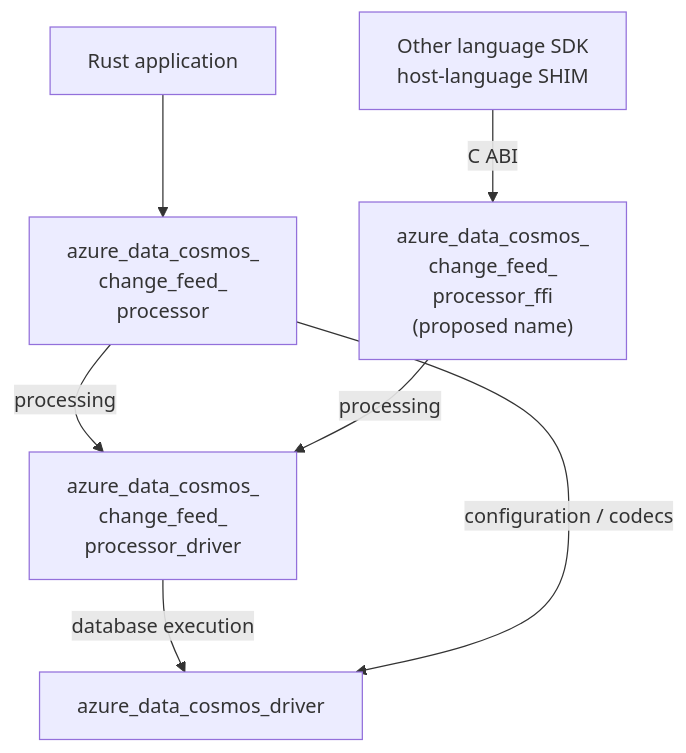
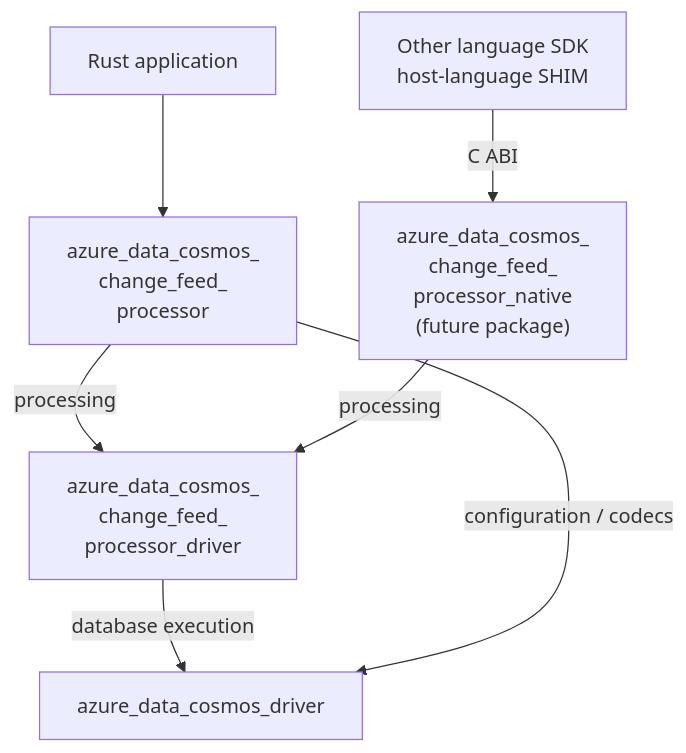
Before and after one commit to Azure/azure-sdk-for-rust: the diagram in sdk/cosmos/docs/specs/0030-change-feed-processor-package-boundaries.md, drawn with Mermaid. The commit also changed other lines of this file, not shown here.

First line of the commit message:
Name CFP adapter package native

````diff
--- a/sdk/cosmos/docs/specs/0030-change-feed-processor-package-boundaries.md
+++ b/sdk/cosmos/docs/specs/0030-change-feed-processor-package-boundaries.md
@@ -48,15 +48,15 @@
 ```mermaid
 flowchart TB
     App["Rust application"]
     API["azure_data_cosmos_<br/>change_feed_<br/>processor"]
     Core["azure_data_cosmos_<br/>change_feed_<br/>processor_driver"]
     DB["azure_data_cosmos_driver"]
     Host["Other language SDK<br/>host-language SHIM"]
-    FFI["azure_data_cosmos_<br/>change_feed_<br/>processor_ffi<br/>(proposed name)"]
+    Native["azure_data_cosmos_<br/>change_feed_<br/>processor_native<br/>(future package)"]
     App --> API
     API -->|"processing"| Core
     Core -->|"database execution"| DB
     API -->|"configuration / codecs"| DB
-    Host -->|"C ABI"| FFI
-    FFI -->|"processing"| Core
+    Host -->|"C ABI"| Native
+    Native -->|"processing"| Core
 ```
````
